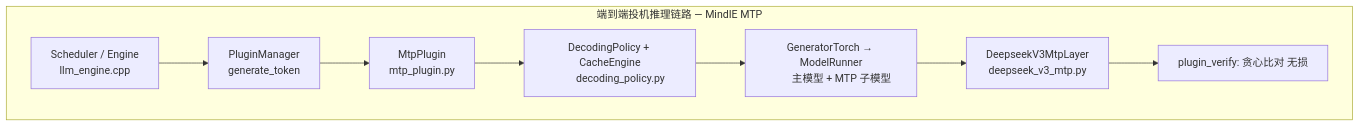
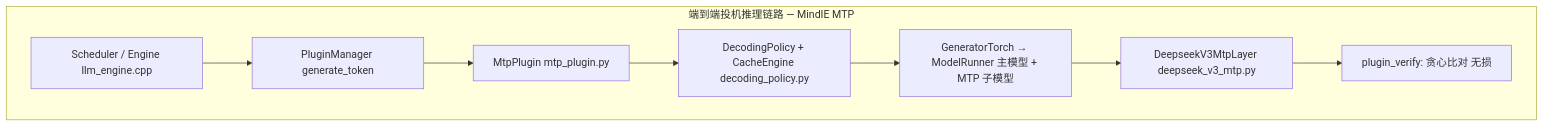
Before and after one commit to Lyr-GW/interview-docs: the first of 2 diagrams in docs/topics/speculative-decoding.md, drawn with Mermaid. The commit also changed other lines of this file and 6 other files, not shown here.

Commit message:
fix: collapse multiline mermaid labels to single line

````diff
--- a/docs/topics/speculative-decoding.md
+++ b/docs/topics/speculative-decoding.md
@@ -39,19 +39,13 @@
 ```mermaid
 flowchart TB
     subgraph MindIE_MTP[端到端投机推理链路 — MindIE MTP]
-        A[Scheduler / Engine
-        llm_engine.cpp]
-        B[PluginManager
-        generate_token]
-        C[MtpPlugin
-        mtp_plugin.py]
-        D[DecodingPolicy + CacheEngine
-        decoding_policy.py]
-        E[GeneratorTorch → ModelRunner
-        主模型 + MTP 子模型]
-        F[DeepseekV3MtpLayer
-        deepseek_v3_mtp.py]
+        A[Scheduler / Engine llm_engine.cpp]
+        B[PluginManager generate_token]
+        C[MtpPlugin mtp_plugin.py]
+        D[DecodingPolicy + CacheEngine decoding_policy.py]
+        E[GeneratorTorch → ModelRunner 主模型 + MTP 子模型]
+        F[DeepseekV3MtpLayer deepseek_v3_mtp.py]
         G[plugin_verify: 贪心比对 无损]
         A --> B --> C --> D --> E --> F --> G
     end
 ```
````
